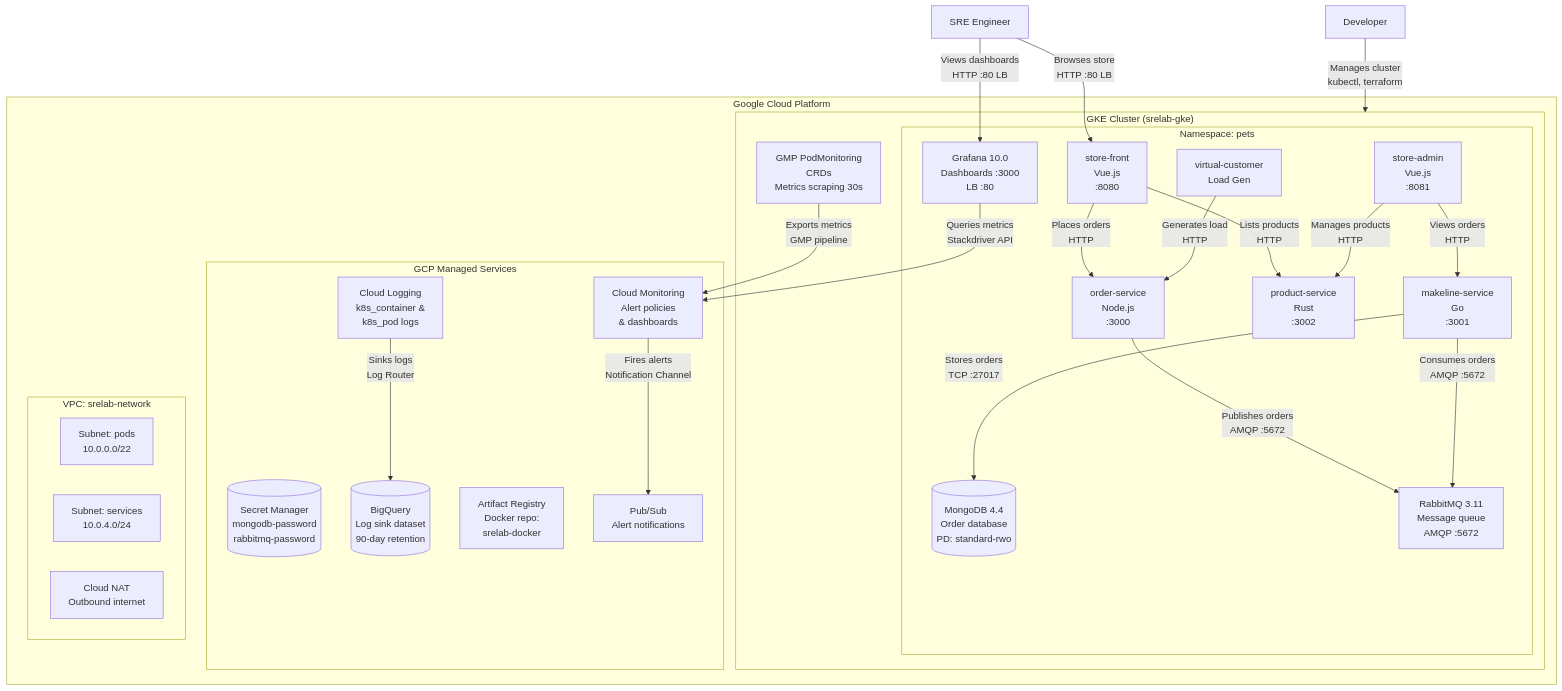
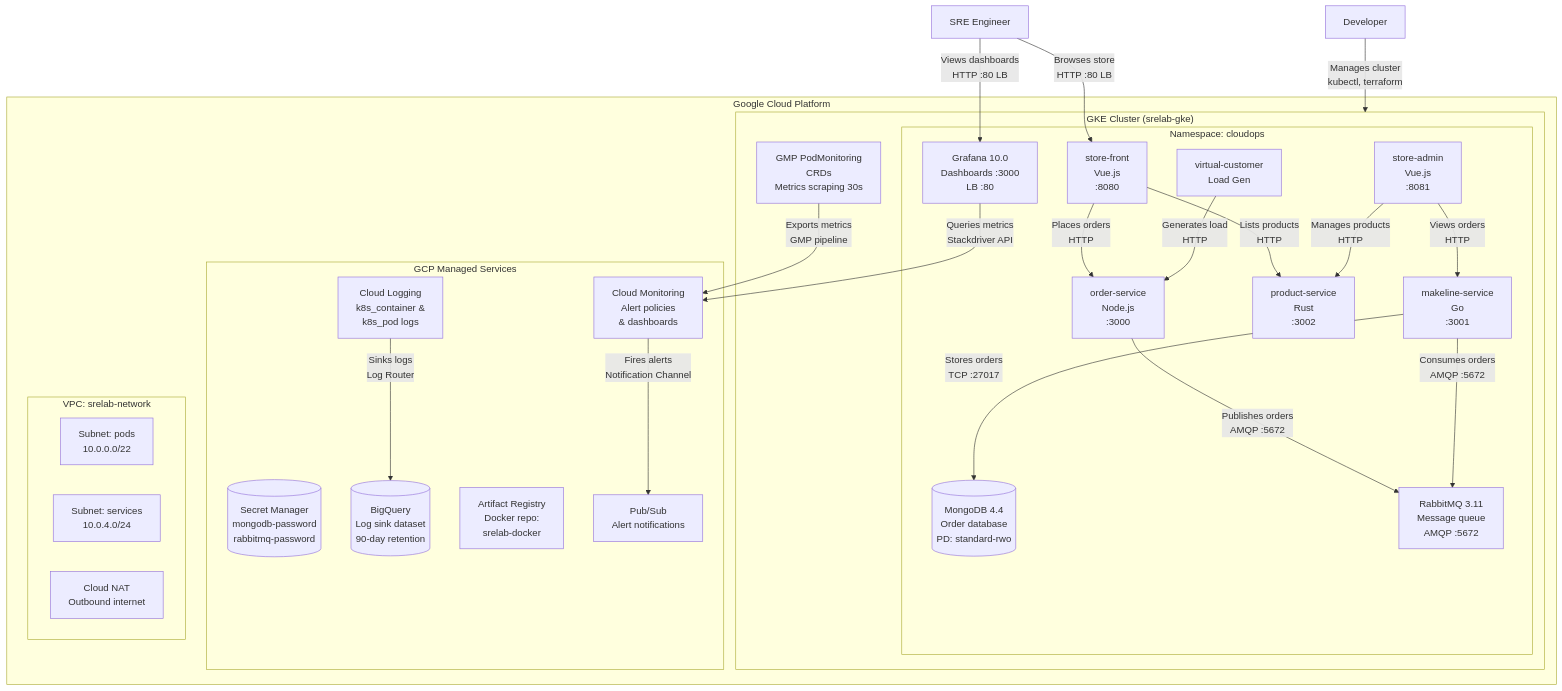
One commit to mdaddi/gcp-sre-agent-sandbox changed the second of 4 diagrams in gcp-sre-agent/docs/C4-ARCHITECTURE.md. Above: the diagram before and after it, drawn with Mermaid. The commit also changed other lines of this file and 28 other files, not shown here.

First line of the commit message:
Rename namespace from pets to cloudops across entire project

````diff
--- a/gcp-sre-agent/docs/C4-ARCHITECTURE.md
+++ b/gcp-sre-agent/docs/C4-ARCHITECTURE.md
@@ -25,56 +25,56 @@
 ```mermaid
 flowchart TB
     sre["SRE Engineer"]
     dev["Developer"]
 
     subgraph gcp ["Google Cloud Platform"]
 
         subgraph gke ["GKE Cluster (srelab-gke)"]
 
-            subgraph pets_ns ["Namespace: pets"]
+            subgraph cloudops_ns ["Namespace: cloudops"]
                 storefront["store-front\nVue.js\n:8080"]
                 storeadmin["store-admin\nVue.js\n:8081"]
                 orderservice["order-service\nNode.js\n:3000"]
                 productservice["product-service\nRust\n:3002"]
                 makelineservice["makeline-service\nGo\n:3001"]
                 virtualcustomer["virtual-customer\nLoad Gen"]
                 mongodb[("MongoDB 4.4\nOrder database\nPD: standard-rwo")]
                 rabbitmq["RabbitMQ 3.11\nMessage queue\nAMQP :5672"]
                 grafana["Grafana 10.0\nDashboards :3000\nLB :80"]
             end
 
             gmp["GMP PodMonitoring\nCRDs\nMetrics scraping 30s"]
         end
 
         subgraph infra ["GCP Managed Services"]
             secretmgr[("Secret Manager\nmongodb-password\nrabbitmq-password")]
             cloudlogging["Cloud Logging\nk8s_container &\nk8s_pod logs"]
             bigquery[("BigQuery\nLog sink dataset\n90-day retention")]
             cloudmon["Cloud Monitoring\nAlert policies\n& dashboards"]
             artifactreg["Artifact Registry\nDocker repo:\nsrelab-docker"]
             pubsub["Pub/Sub\nAlert notifications"]
         end
 
         subgraph network ["VPC: srelab-network"]
             subnet_pods["Subnet: pods\n10.0.0.0/22"]
             subnet_svc["Subnet: services\n10.0.4.0/24"]
             nat["Cloud NAT\nOutbound internet"]
         end
     end
 
     sre -- "Browses store\nHTTP :80 LB" --> storefront
     sre -- "Views dashboards\nHTTP :80 LB" --> grafana
     dev -- "Manages cluster\nkubectl, terraform" --> gke
     storefront -- "Places orders\nHTTP" --> orderservice
     storefront -- "Lists products\nHTTP" --> productservice
     storeadmin -- "Manages products\nHTTP" --> productservice
     storeadmin -- "Views orders\nHTTP" --> makelineservice
     orderservice -- "Publishes orders\nAMQP :5672" --> rabbitmq
     makelineservice -- "Consumes orders\nAMQP :5672" --> rabbitmq
     makelineservice -- "Stores orders\nTCP :27017" --> mongodb
     virtualcustomer -- "Generates load\nHTTP" --> orderservice
     cloudlogging -- "Sinks logs\nLog Router" --> bigquery
     cloudmon -- "Fires alerts\nNotification Channel" --> pubsub
     grafana -- "Queries metrics\nStackdriver API" --> cloudmon
     gmp -- "Exports metrics\nGMP pipeline" --> cloudmon
 ```
````
